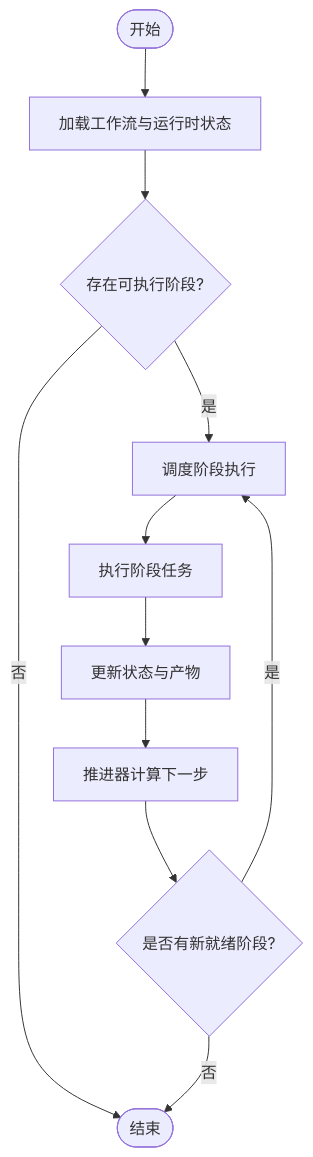
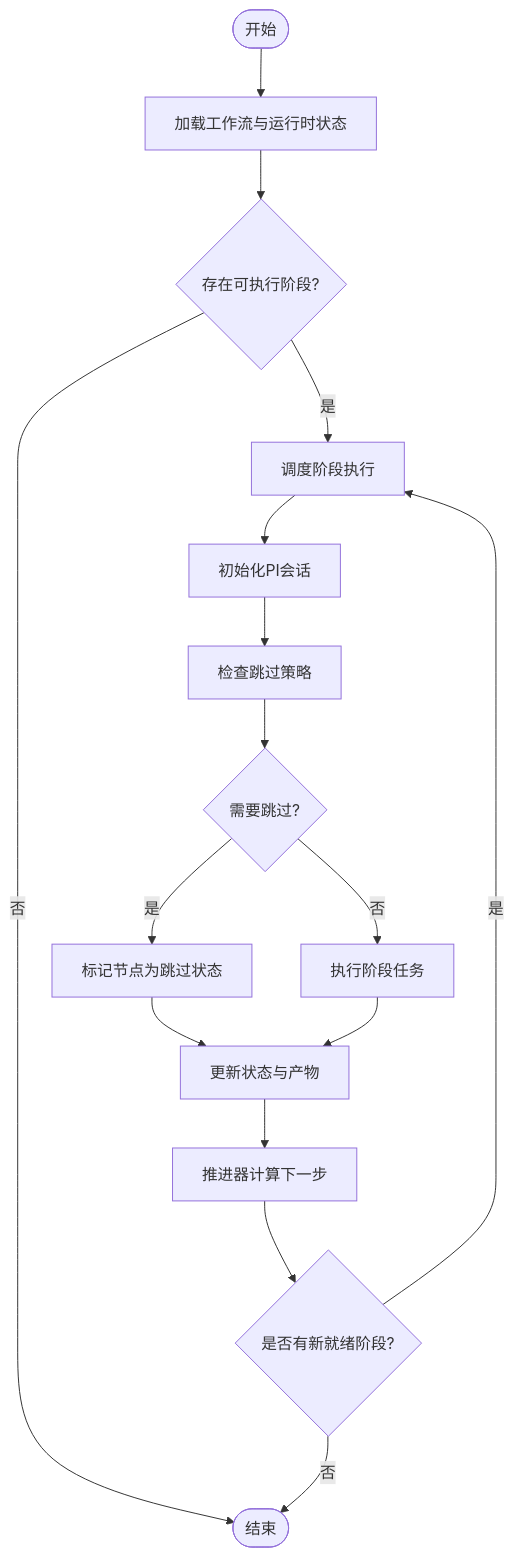
The sixth of 7 diagrams in .qoder/repowiki/zh/content/API参考/导演系统API/导演系统API.md (scottcwy/PurpleInk), drawn with Mermaid before and after one commit. The commit also changed other lines of this file and 109 other files, not shown here.

````diff
--- a/.qoder/repowiki/zh/content/API参考/导演系统API/导演系统API.md
+++ b/.qoder/repowiki/zh/content/API参考/导演系统API/导演系统API.md
@@ -219,13 +392,18 @@
 ```mermaid
 flowchart TD
 Start(["开始"]) --> Load["加载工作流与运行时状态"]
 Load --> Ready{"存在可执行阶段?"}
 Ready --> |否| End(["结束"])
 Ready --> |是| Schedule["调度阶段执行"]
-Schedule --> Exec["执行阶段任务"]
-Exec --> Update["更新状态与产物"]
+Schedule --> InitSession["初始化PI会话"]
+InitSession --> CheckSkip["检查跳过策略"]
+CheckSkip --> ShouldSkip{"需要跳过?"}
+ShouldSkip --> |是| MarkSkipped["标记节点为跳过状态"]
+ShouldSkip --> |否| Exec["执行阶段任务"]
+MarkSkipped --> Update["更新状态与产物"]
+Exec --> Update
 Update --> Advance["推进器计算下一步"]
 Advance --> NextReady{"是否有新就绪阶段?"}
 NextReady --> |是| Schedule
 NextReady --> |否| End
 ```
````
